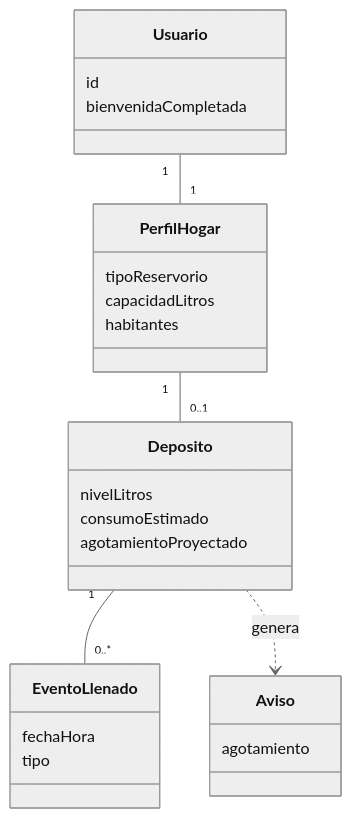
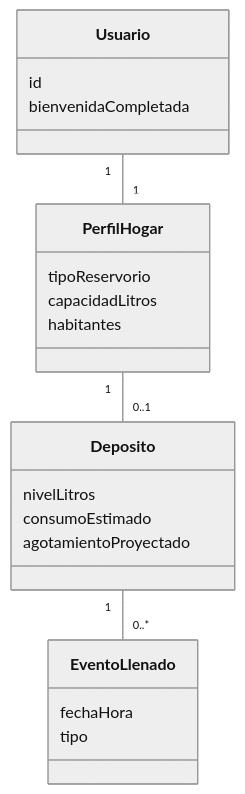
One commit to IkerASierraR/AguardApp changed the fifth of 5 diagrams in Readme.md. Above: the diagram before and after it, drawn with Mermaid (neutral theme). The commit also changed other lines of this file and 109 other files, not shown here.

````diff
--- a/Readme.md
+++ b/Readme.md
@@ -242,29 +237,25 @@
 ```mermaid
 classDiagram
     class Usuario {
         id
         bienvenidaCompletada
     }
     class PerfilHogar {
         tipoReservorio
         capacidadLitros
         habitantes
     }
     class Deposito {
         nivelLitros
         consumoEstimado
         agotamientoProyectado
     }
     class EventoLlenado {
         fechaHora
         tipo
     }
-    class Aviso {
-        agotamiento
-    }
 
     Usuario "1" -- "1" PerfilHogar
     PerfilHogar "1" -- "0..1" Deposito
     Deposito "1" -- "0..*" EventoLlenado
-    Deposito ..> Aviso : genera
 ```
````
